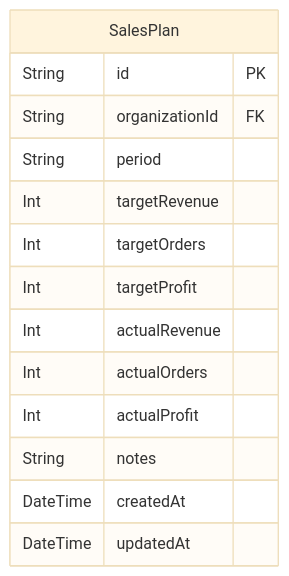
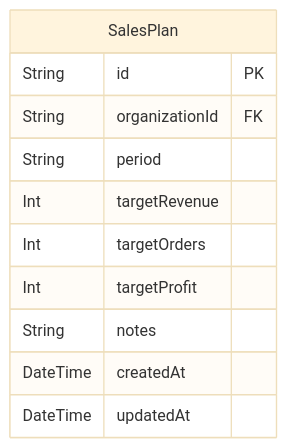
Before and after one commit to AgentFoundry-Labs/kiditem: the diagram in docs/erd/finance.md, drawn with Mermaid (base theme). The commit also changed 365 other files, not shown here.

````diff
--- a/docs/erd/finance.md
+++ b/docs/erd/finance.md
@@ -16,17 +16,14 @@
 ```mermaid
 erDiagram
   SalesPlan {
     String id PK
     String organizationId FK
     String period
     Int targetRevenue
     Int targetOrders
     Int targetProfit
-    Int actualRevenue
-    Int actualOrders
-    Int actualProfit
     String notes
     DateTime createdAt
     DateTime updatedAt
   }
 ```
````
